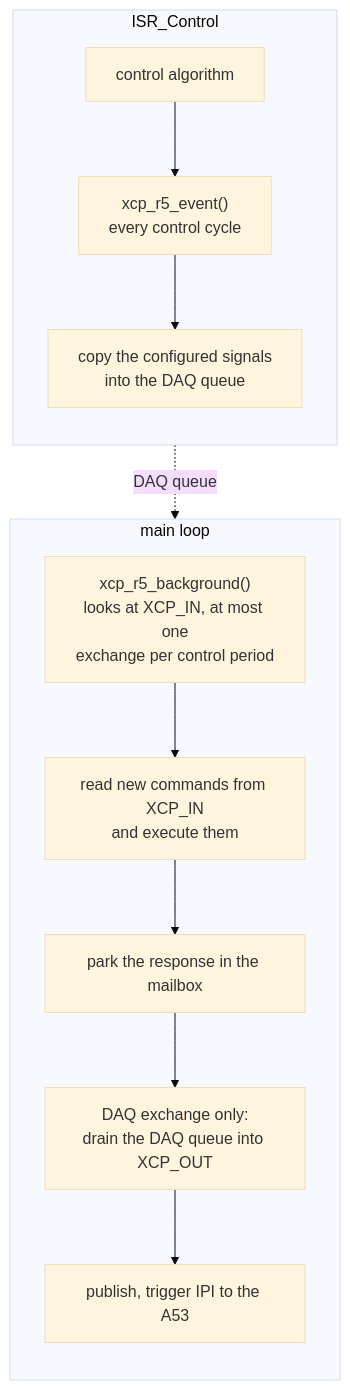
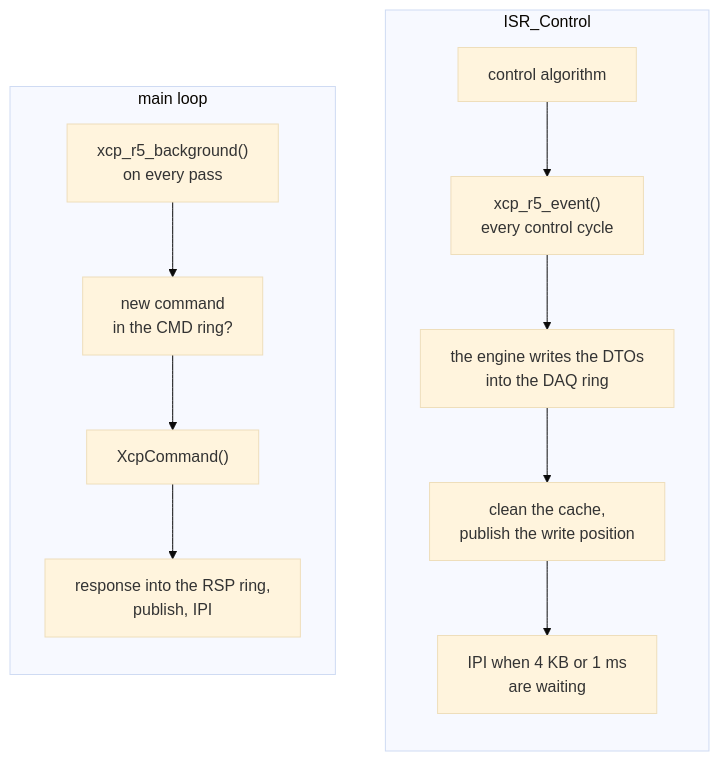
The second of 5 diagrams in docs/source/guide/XCP/XCP_architecture.rst (ultrazohm/ultrazohm_sw), drawn with Mermaid (base theme) before and after one commit. The commit also changed other lines of this file and 2 other files, not shown here.

First line of the commit message:
docs: XCP pages describe the OCM rings, the DAQ budget and 8-byte writes

```diff
--- a/docs/source/guide/XCP/XCP_architecture.rst
+++ b/docs/source/guide/XCP/XCP_architecture.rst
@@ -55,18 +53,18 @@
 .. mermaid::
     :align: center
     :caption: Split of the XCP work between interrupt and main loop on the R5
 
     flowchart TB
       subgraph ISR["ISR_Control"]
         direction TB
         a["control algorithm"] --> b["xcp_r5_event()<br>every control cycle"]
-        b --> c["copy the configured signals<br>into the DAQ queue"]
+        b --> c["the engine writes the DTOs<br>into the DAQ ring"]
+        c --> d["clean the cache,<br>publish the write position"]
+        d --> e["IPI when 4 KB or 1 ms<br>are waiting"]
       end
       subgraph ML["main loop"]
         direction TB
-        d["xcp_r5_background()<br>looks at XCP_IN, at most one<br>exchange per control period"] --> e["read new commands from XCP_IN<br>and execute them"]
-        e --> f["park the response in the mailbox"]
-        f --> g["DAQ exchange only:<br>drain the DAQ queue into XCP_OUT"]
-        g --> h["publish, trigger IPI to the A53"]
+        f["xcp_r5_background()<br>on every pass"] --> g["new command<br>in the CMD ring?"]
+        g --> h["XcpCommand()"]
+        h --> i["response into the RSP ring,<br>publish, IPI"]
       end
-      c -. "DAQ queue" .-> g
```
